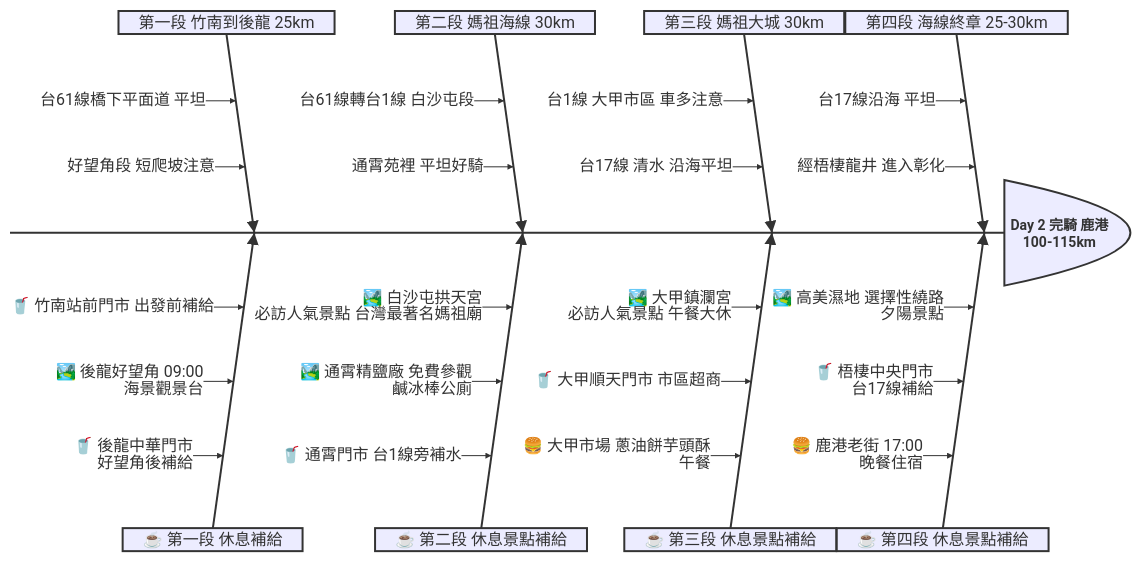
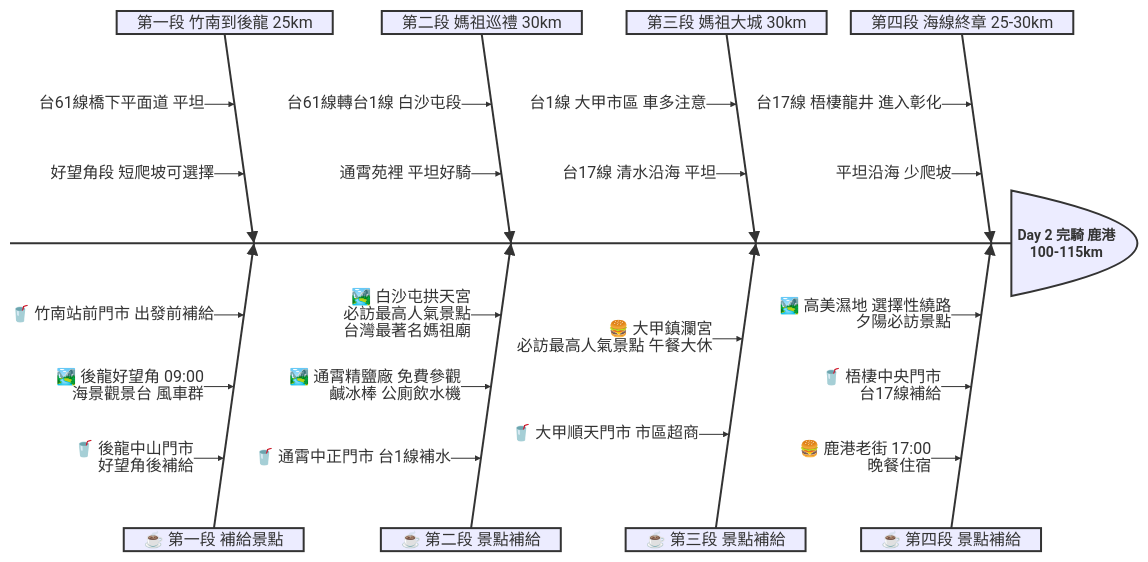
The diagram in day2/day2.md (chinqan/CyclingTW), drawn with Mermaid before and after one commit. The commit also changed other lines of this file and 27 other files, not shown here.

````diff
--- a/day2/day2.md
+++ b/day2/day2.md
@@ -26,32 +29,31 @@
 ```mermaid
 ishikawa-beta
     Day 2 完騎 鹿港 100-115km
     第四段 海線終章 25-30km
-        台17線沿海 平坦
-        經梧棲龍井 進入彰化
-    ☕️ 第四段 休息景點補給
-        🏞️ 高美濕地 選擇性繞路 夕陽景點
+        台17線 梧棲龍井 進入彰化
+        平坦沿海 少爬坡
+    ☕️ 第四段 景點補給
+        🏞️ 高美濕地 選擇性繞路 夕陽必訪景點
         🥤 梧棲中央門市 台17線補給
         🍔 鹿港老街 17:00 晚餐住宿
     第三段 媽祖大城 30km
         台1線 大甲市區 車多注意
-        台17線 清水 沿海平坦
-    ☕️ 第三段 休息景點補給
-        🏞️ 大甲鎮瀾宮 必訪人氣景點 午餐大休
+        台17線 清水沿海 平坦
+    ☕️ 第三段 景點補給
+        🍔 大甲鎮瀾宮 必訪最高人氣景點 午餐大休
         🥤 大甲順天門市 市區超商
-        🍔 大甲市場 蔥油餅芋頭酥 午餐
-    第二段 媽祖海線 30km
+    第二段 媽祖巡禮 30km
         台61線轉台1線 白沙屯段
         通霄苑裡 平坦好騎
-    ☕️ 第二段 休息景點補給
-        🏞️ 白沙屯拱天宮 必訪人氣景點 台灣最著名媽祖廟
-        🏞️ 通霄精鹽廠 免費參觀 鹹冰棒公廁
-        🥤 通霄門市 台1線旁補水
+    ☕️ 第二段 景點補給
+        🏞️ 白沙屯拱天宮 必訪最高人氣景點 台灣最著名媽祖廟
+        🏞️ 通霄精鹽廠 免費參觀 鹹冰棒 公廁飲水機
+        🥤 通霄中正門市 台1線補水
     第一段 竹南到後龍 25km
         台61線橋下平面道 平坦
-        好望角段 短爬坡注意
-    ☕️ 第一段 休息補給
+        好望角段 短爬坡可選擇
+    ☕️ 第一段 補給景點
         🥤 竹南站前門市 出發前補給
-        🏞️ 後龍好望角 09:00 海景觀景台
-        🥤 後龍中華門市 好望角後補給
+        🏞️ 後龍好望角 09:00 海景觀景台 風車群
+        🥤 後龍中山門市 好望角後補給
 ```
````
